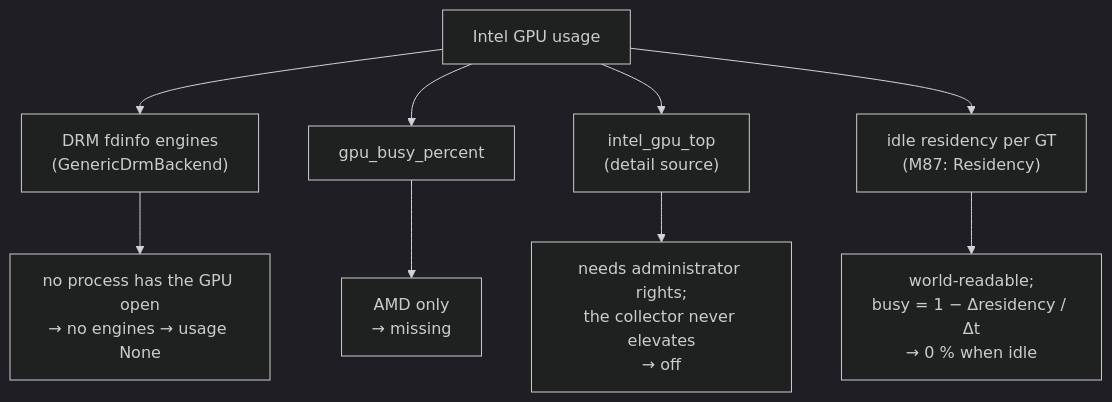
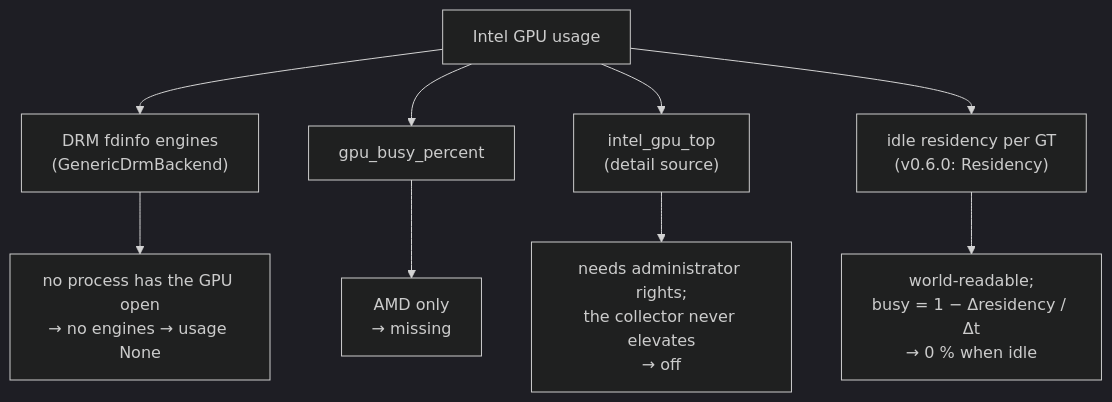
One commit to mamadingleberry/proccoli changed the diagram in docs/design/bugs/bug-19-an-idle-intel-gpu-s-overview.md. Above: the diagram before and after it, drawn with Mermaid (dark theme). The commit also changed other lines of this file and 417 other files, not shown here.

````diff
--- a/docs/design/bugs/bug-19-an-idle-intel-gpu-s-overview.md
+++ b/docs/design/bugs/bug-19-an-idle-intel-gpu-s-overview.md
@@ -10,11 +10,11 @@
 ```mermaid
 flowchart TD
     U["Intel GPU usage"] --> F["DRM fdinfo engines<br/>(GenericDrmBackend)"]
     U --> B["gpu_busy_percent"]
     U --> T["intel_gpu_top<br/>(detail source)"]
-    U --> R["idle residency per GT<br/>(M87: Residency)"]
+    U --> R["idle residency per GT<br/>(v0.6.0: Residency)"]
     F --> F0["no process has the GPU open<br/>→ no engines → usage None"]
     B --> B0["AMD only<br/>→ missing"]
     T --> T0["needs administrator rights;<br/>the collector never elevates<br/>→ off"]
     R --> R0["world-readable;<br/>busy = 1 − Δresidency / Δt<br/>→ 0 % when idle"]
 ```
````
